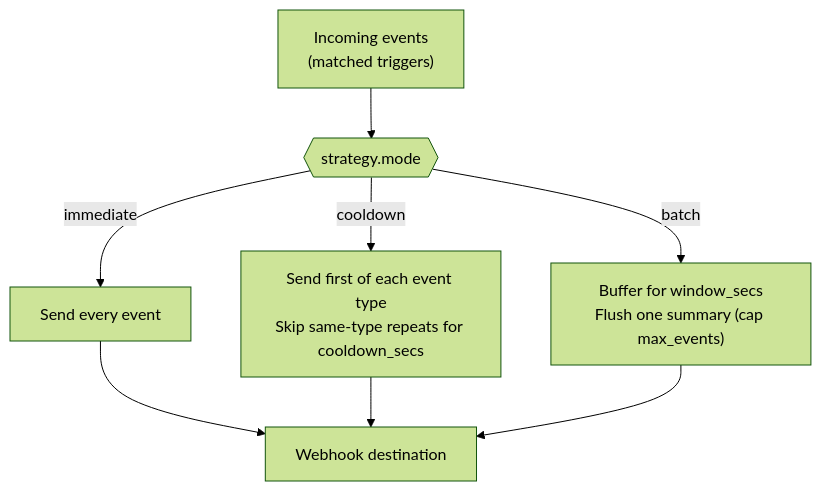
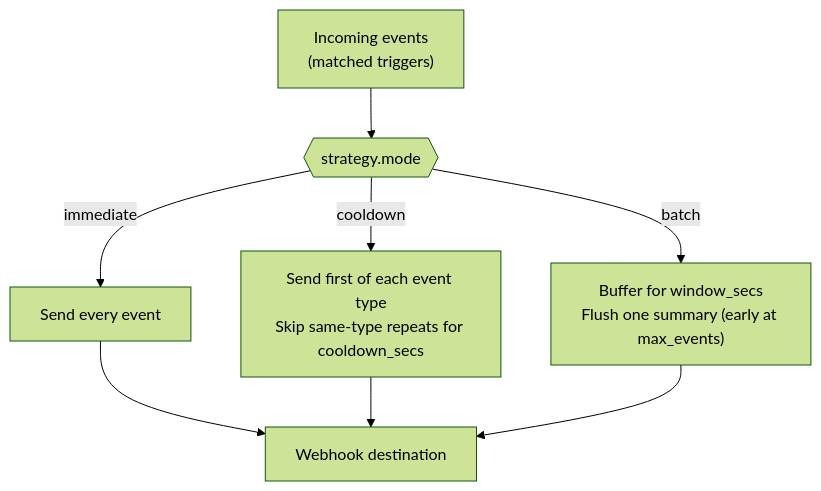
One commit to schiplat/super changed the first of 2 diagrams in docs/content/docs/05-advanced-management/event-notifications.md. Above: the diagram before and after it, drawn with Mermaid (forest theme). The commit also changed other lines of this file and 46 other files, not shown here.

````diff
--- a/docs/content/docs/05-advanced-management/event-notifications.md
+++ b/docs/content/docs/05-advanced-management/event-notifications.md
@@ -532,12 +495,12 @@
 ```mermaid
 flowchart TB
   EV["Incoming events<br/>(matched triggers)"] --> MODE{{"strategy.mode"}}
 
   MODE -->|"immediate"| IMM["Send every event"]
   MODE -->|"cooldown"| CD["Send first of each event type<br/>Skip same-type repeats for cooldown_secs"]
-  MODE -->|"batch"| BAT["Buffer for window_secs<br/>Flush one summary (cap max_events)"]
+  MODE -->|"batch"| BAT["Buffer for window_secs<br/>Flush one summary (early at max_events)"]
 
   IMM --> WH["Webhook destination"]
   CD --> WH
   BAT --> WH
 ```
````
